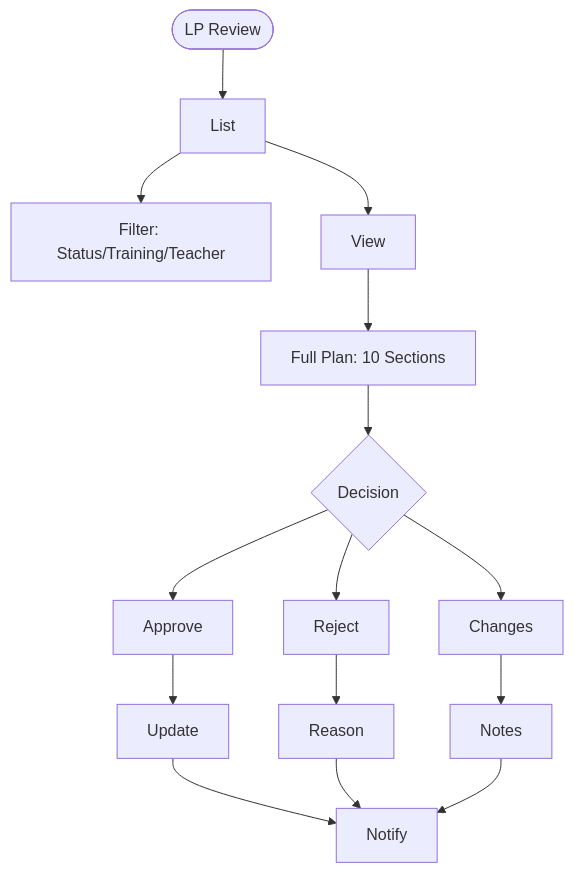
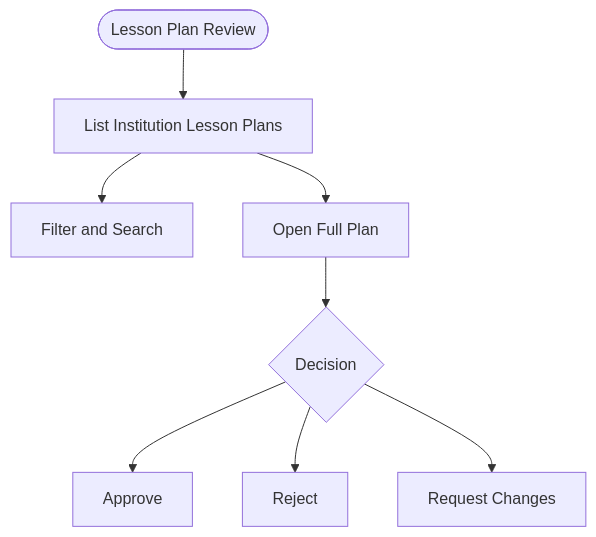
Diagram 11 of 27 in TRAINING_CALENDAR_FLOW_DIAGRAMS.md (gunjangupta-gh/placeintern), drawn with Mermaid before and after one commit. The commit also changed other lines of this file and 1 other file, not shown here.

Commit message:
feat: add timezone handling for attendance date resolution in TrainingAttendanceService

````diff
--- a/TRAINING_CALENDAR_FLOW_DIAGRAMS.md
+++ b/TRAINING_CALENDAR_FLOW_DIAGRAMS.md
@@ -210,9 +178,10 @@
 ```mermaid
 flowchart TD
-    A([LP Review])-->B[List]-->C[Filter: Status/Training/Teacher]
-    B-->D[View]-->E[Full Plan: 10 Sections]
-    E-->F{Decision}
-    F-->G[Approve]-->H[Update]-->I[Notify]
-    F-->J[Reject]-->K[Reason]-->I
-    F-->L[Changes]-->M[Notes]-->I
+    A([Lesson Plan Review]) --> B[List Institution Lesson Plans]
+    B --> C[Filter and Search]
+    B --> D[Open Full Plan]
+    D --> E{Decision}
+    E --> F[Approve]
+    E --> G[Reject]
+    E --> H[Request Changes]
 ```
````
